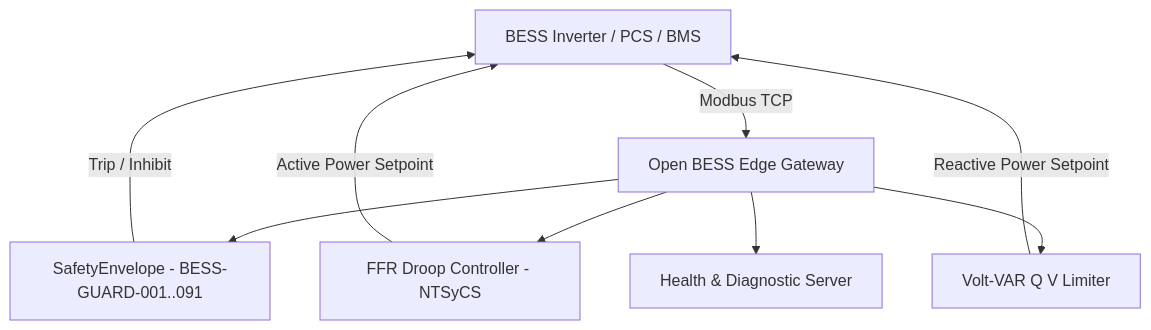
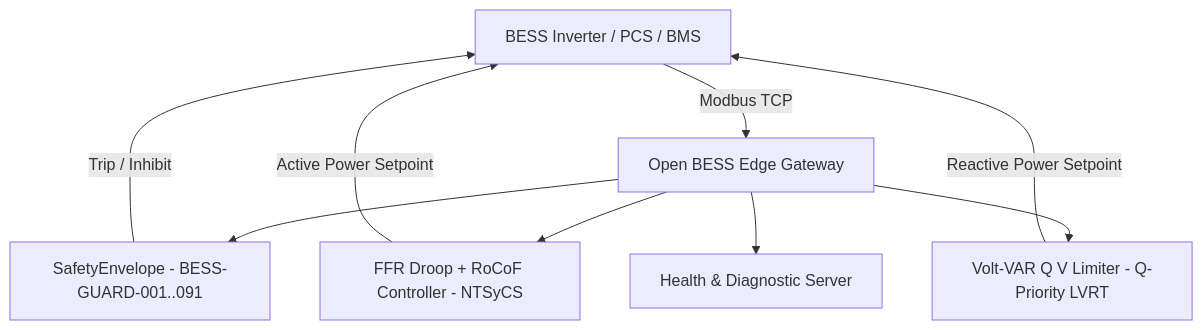
Before and after one commit to bess-solutions/open-bess-edge: the diagram in docs/index.md, drawn with Mermaid. The commit also changed other lines of this file and 17 other files, not shown here.

Commit message:
feat(core): align Chilean grid codes, RoCoF inertia, LVRT Q-priority and multilingual docs

````diff
--- a/docs/index.md
+++ b/docs/index.md
@@ -24,11 +24,11 @@
 ```mermaid
 graph TD
     A[BESS Inverter / PCS / BMS] -->|Modbus TCP| B[Open BESS Edge Gateway]
     B --> C[SafetyEnvelope - BESS-GUARD-001..091]
-    B --> D[FFR Droop Controller - NTSyCS]
-    B --> E[Volt-VAR Q V Limiter]
+    B --> D[FFR Droop + RoCoF Controller - NTSyCS]
+    B --> E[Volt-VAR Q V Limiter - Q-Priority LVRT]
     B --> F[Health & Diagnostic Server]
     C -->|Trip / Inhibit| A
     D -->|Active Power Setpoint| A
     E -->|Reactive Power Setpoint| A
 ```
````
